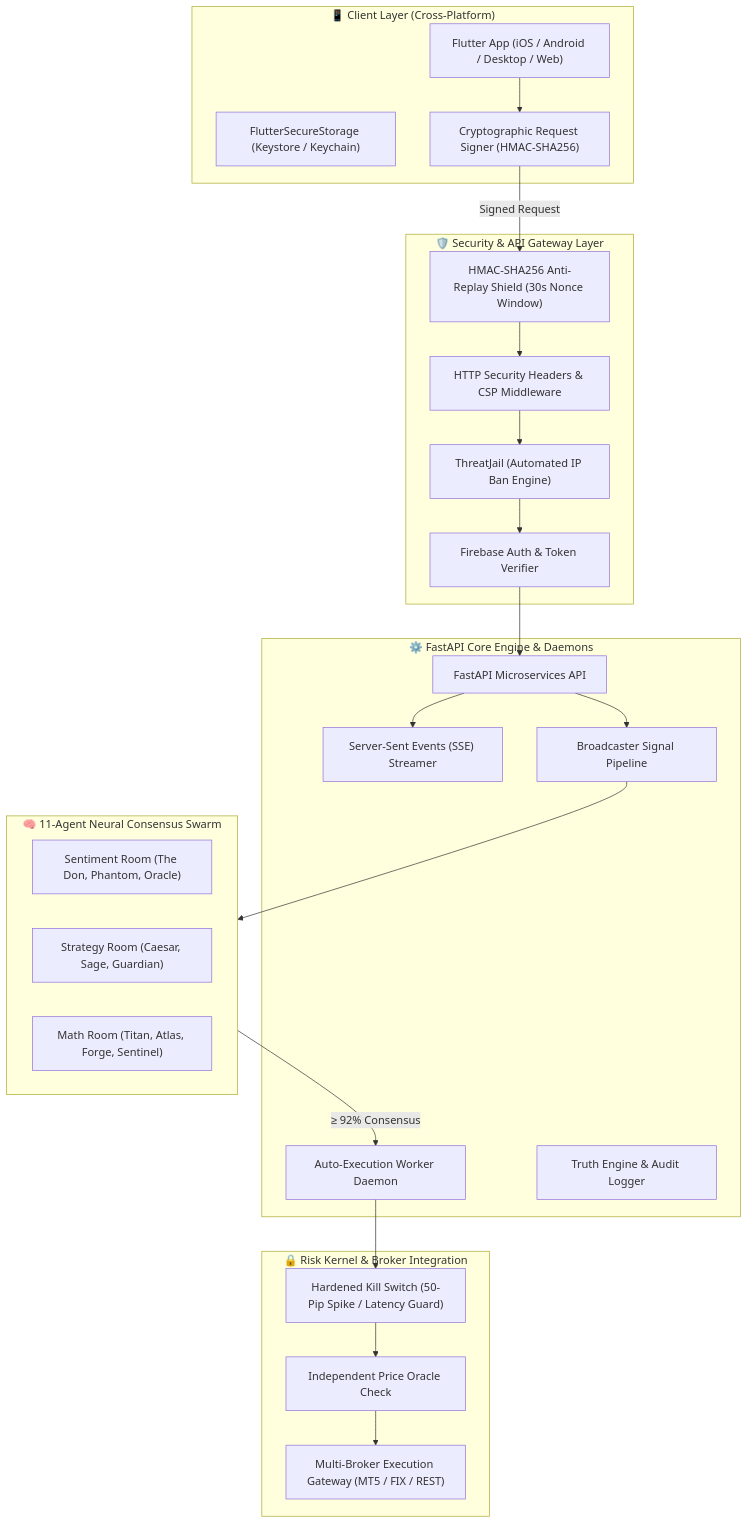
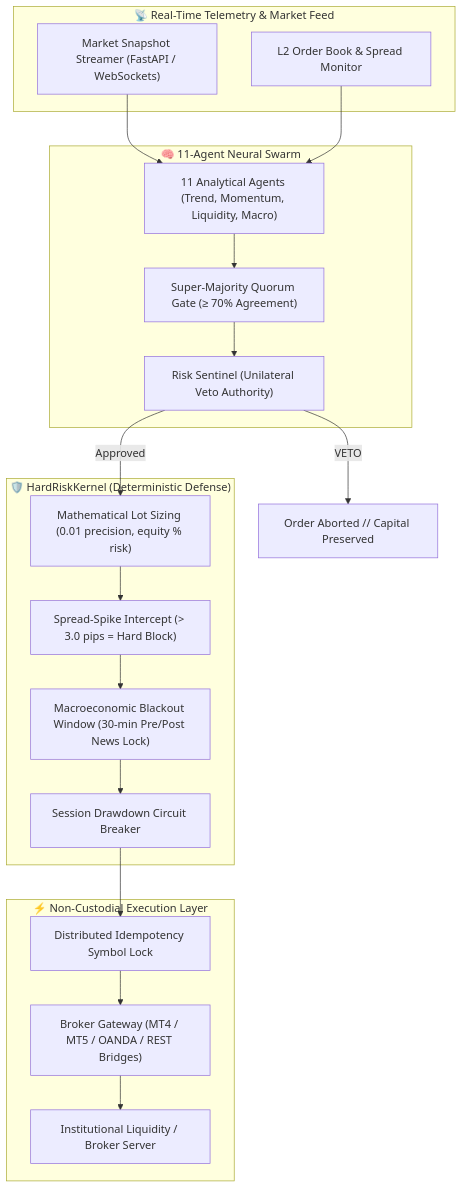
The diagram in README.md (amazing200guy1-a11y/fintech-backend-showcase), drawn with Mermaid before and after one commit. The commit also changed other lines of this file and 1 other file, not shown here.

Commit message:
docs: rewrite README for enterprise Python architecture and configure GitHub Actions CI

````diff
--- a/README.md
+++ b/README.md
@@ -46,49 +15,39 @@
 ```mermaid
-graph TD
-    subgraph Client Layer ["📱 Client Layer (Cross-Platform)"]
-        UI["Flutter App (iOS / Android / Desktop / Web)"]
-        STORAGE["FlutterSecureStorage (Keystore / Keychain)"]
-        SIGNER["Cryptographic Request Signer (HMAC-SHA256)"]
+flowchart TD
+    subgraph Ingestion ["📡 Real-Time Telemetry & Market Feed"]
+        TICK["Market Snapshot Streamer (FastAPI / WebSockets)"]
+        BOOK["L2 Order Book & Spread Monitor"]
     end
 
-    subgraph Gateway ["🛡️ Security & API Gateway Layer"]
-        HSTS["HTTP Security Headers & CSP Middleware"]
-        JAIL["ThreatJail (Automated IP Ban Engine)"]
-        AUTH["Firebase Auth & Token Verifier"]
-        HMAC["HMAC-SHA256 Anti-Replay Shield (30s Nonce Window)"]
+    subgraph Consensus ["🧠 11-Agent Neural Swarm"]
+        SWARM["11 Analytical Agents (Trend, Momentum, Liquidity, Macro)"]
+        VOTE["Super-Majority Quorum Gate (≥ 70% Agreement)"]
+        SENTINEL["Risk Sentinel (Unilateral Veto Authority)"]
     end
 
-    subgraph Backend ["⚙️ FastAPI Core Engine & Daemons"]
-        API["FastAPI Microservices API"]
-        SSE["Server-Sent Events (SSE) Streamer"]
-        WORKER["Auto-Execution Worker Daemon"]
-        BROADCAST["Broadcaster Signal Pipeline"]
-        TRUTH["Truth Engine & Audit Logger"]
+    subgraph Defense ["🛡️ HardRiskKernel (Deterministic Defense)"]
+        LOT["Mathematical Lot Sizing (0.01 precision, equity % risk)"]
+        SPREAD["Spread-Spike Intercept (> 3.0 pips = Hard Block)"]
+        NEWS["Macroeconomic Blackout Window (30-min Pre/Post News Lock)"]
+        DD["Session Drawdown Circuit Breaker"]
     end
 
-    subgraph Swarm ["🧠 11-Agent Neural Consensus Swarm"]
-        SENTIMENT["Sentiment Room (The Don, Phantom, Oracle)"]
-        STRATEGY["Strategy Room (Caesar, Sage, Guardian)"]
-        MATH["Math Room (Titan, Atlas, Forge, Sentinel)"]
+    subgraph Execution ["⚡ Non-Custodial Execution Layer"]
+        LOCK["Distributed Idempotency Symbol Lock"]
+        GATEWAY["Broker Gateway (MT4 / MT5 / OANDA / REST Bridges)"]
+        BROKER["Institutional Liquidity / Broker Server"]
     end
 
-    subgraph Safety ["🔒 Risk Kernel & Broker Integration"]
-        KILL["Hardened Kill Switch (50-Pip Spike / Latency Guard)"]
-        ORACLE["Independent Price Oracle Check"]
-        BROKER["Multi-Broker Execution Gateway (MT5 / FIX / REST)"]
-    end
-
-    UI --> SIGNER
-    SIGNER -->|Signed Request| HMAC
-    HMAC --> HSTS
-    HSTS --> JAIL
-    JAIL --> AUTH
-    AUTH --> API
-    API --> SSE
-    API --> BROADCAST
-    BROADCAST --> Swarm
-    Swarm -->|≥ 92% Consensus| WORKER
-    WORKER --> KILL
-    KILL --> ORACLE
-    ORACLE --> BROKER
+    TICK --> SWARM
+    BOOK --> SWARM
+    SWARM --> VOTE
+    VOTE --> SENTINEL
+    SENTINEL -->|Approved| LOT
+    SENTINEL -->|VETO| KILLED[Order Aborted // Capital Preserved]
+    LOT --> SPREAD
+    SPREAD --> NEWS
+    NEWS --> DD
+    DD --> LOCK
+    LOCK --> GATEWAY
+    GATEWAY --> BROKER
 ```
````
